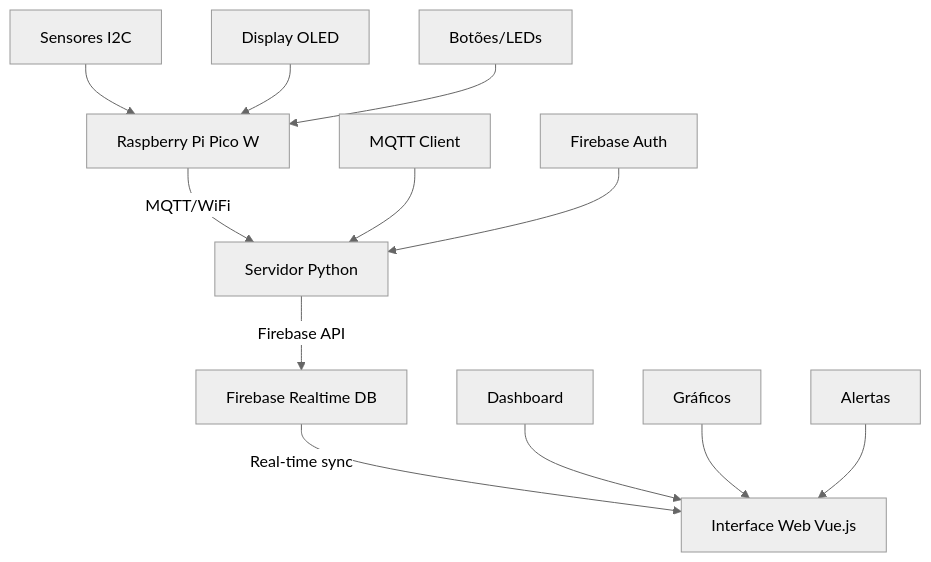
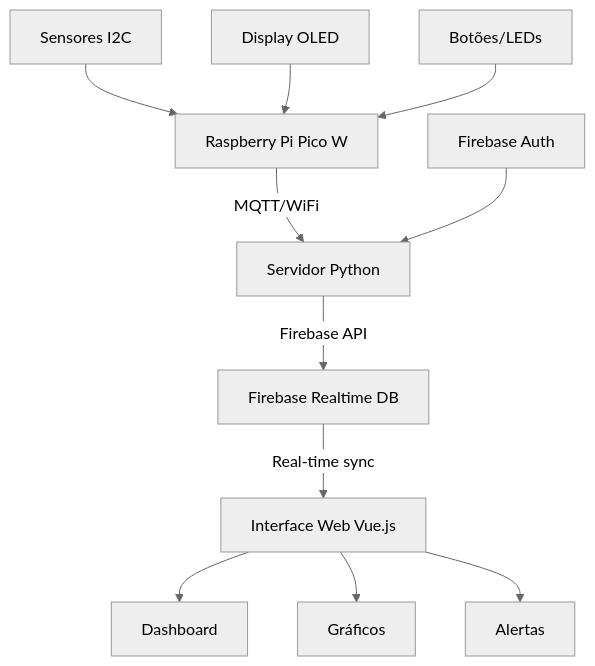
The diagram in README.md (lgferreiracic/DataloggerDashboard), drawn with Mermaid (neutral theme) before and after one commit. The commit also changed other lines of this file, not shown here.

````diff
--- a/README.md
+++ b/README.md
@@ -43,17 +39,16 @@
 ```mermaid
 graph TB
     A[Raspberry Pi Pico W] -->|MQTT/WiFi| B[Servidor Python]
     B -->|Firebase API| C[Firebase Realtime DB]
     C -->|Real-time sync| D[Interface Web Vue.js]
     
     A1[Sensores I2C] --> A
     A2[Display OLED] --> A
     A3[Botões/LEDs] --> A
     
-    B1[MQTT Client] --> B
     B2[Firebase Auth] --> B
     
-    D1[Dashboard] --> D
-    D2[Gráficos] --> D
-    D3[Alertas] --> D
+    D -->D1[Dashboard]
+    D -->D2[Gráficos]
+    D -->D3[Alertas]
 ```
````
